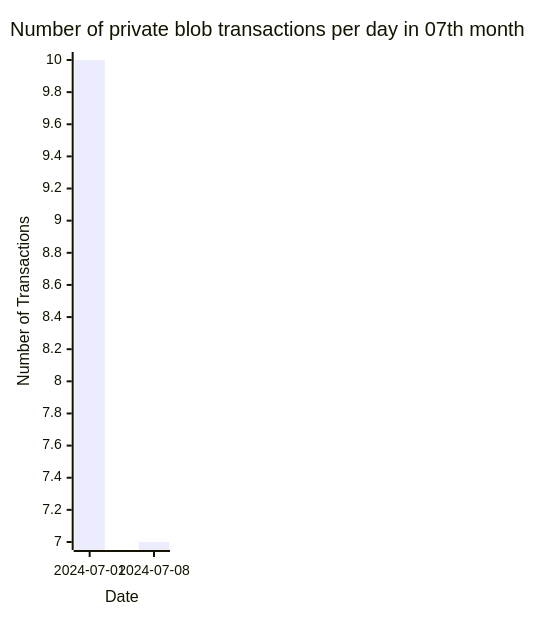
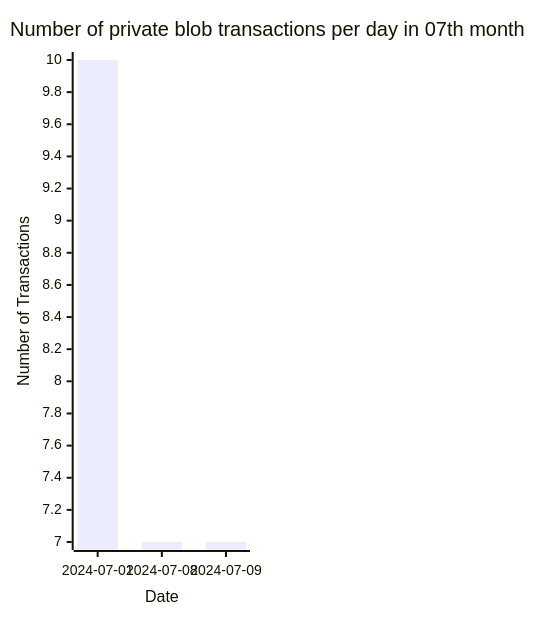
One commit to Amit0617/eip4844-data changed the fifth of 5 diagrams in README.md. Above: the diagram before and after it, drawn with Mermaid. The commit also changed 1 other file, not shown here.

````diff
--- a/README.md
+++ b/README.md
@@ -53,12 +53,12 @@
 ```mermaid
 ---
 config:
     xyChart:
-        width: 160
+        width: 240
         height: 600
 ---
 xychart-beta title "Number of private blob transactions per day in 07th month"
-x-axis "Date" [2024-07-01,2024-07-08]
+x-axis "Date" [2024-07-01,2024-07-08,2024-07-09]
 y-axis "Number of Transactions"
-bar[10,7]
+bar[10,7,7]
 ```
````
